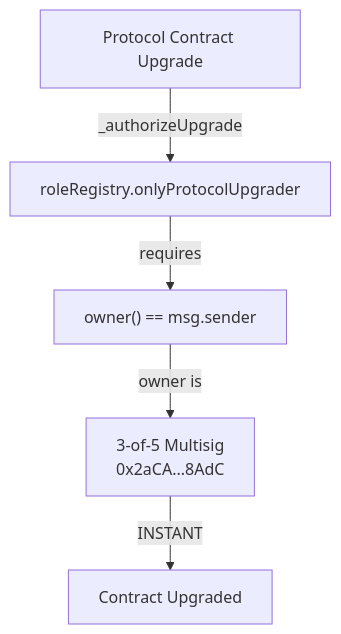
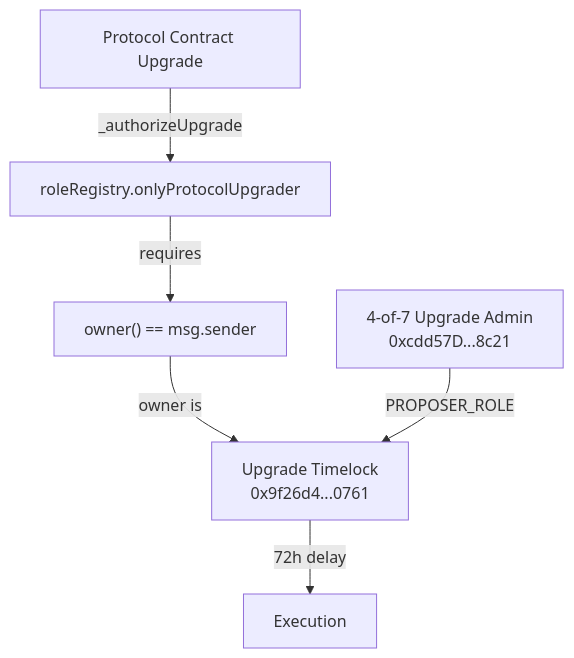
The second of 3 diagrams in research/ethfi-research.md (ParkCommissioner/ownership-token-framework), drawn with Mermaid before and after one commit. The commit also changed other lines of this file, not shown here.

````diff
--- a/research/ethfi-research.md
+++ b/research/ethfi-research.md
@@ -115,7 +154,8 @@
 ```mermaid
 graph TD
     A[Protocol Contract Upgrade] -->|_authorizeUpgrade| B[roleRegistry.onlyProtocolUpgrader]
     B -->|requires| C["owner() == msg.sender"]
-    C -->|owner is| D[3-of-5 Multisig<br/>0x2aCA...8AdC]
-    D -->|INSTANT| E[Contract Upgraded]
+    C -->|owner is| D[Upgrade Timelock<br/>0x9f26d4...0761]
+    D -->|72h delay| E[Execution]
+    F[4-of-7 Upgrade Admin<br/>0xcdd57D...8c21] -->|PROPOSER_ROLE| D
 ```
````
